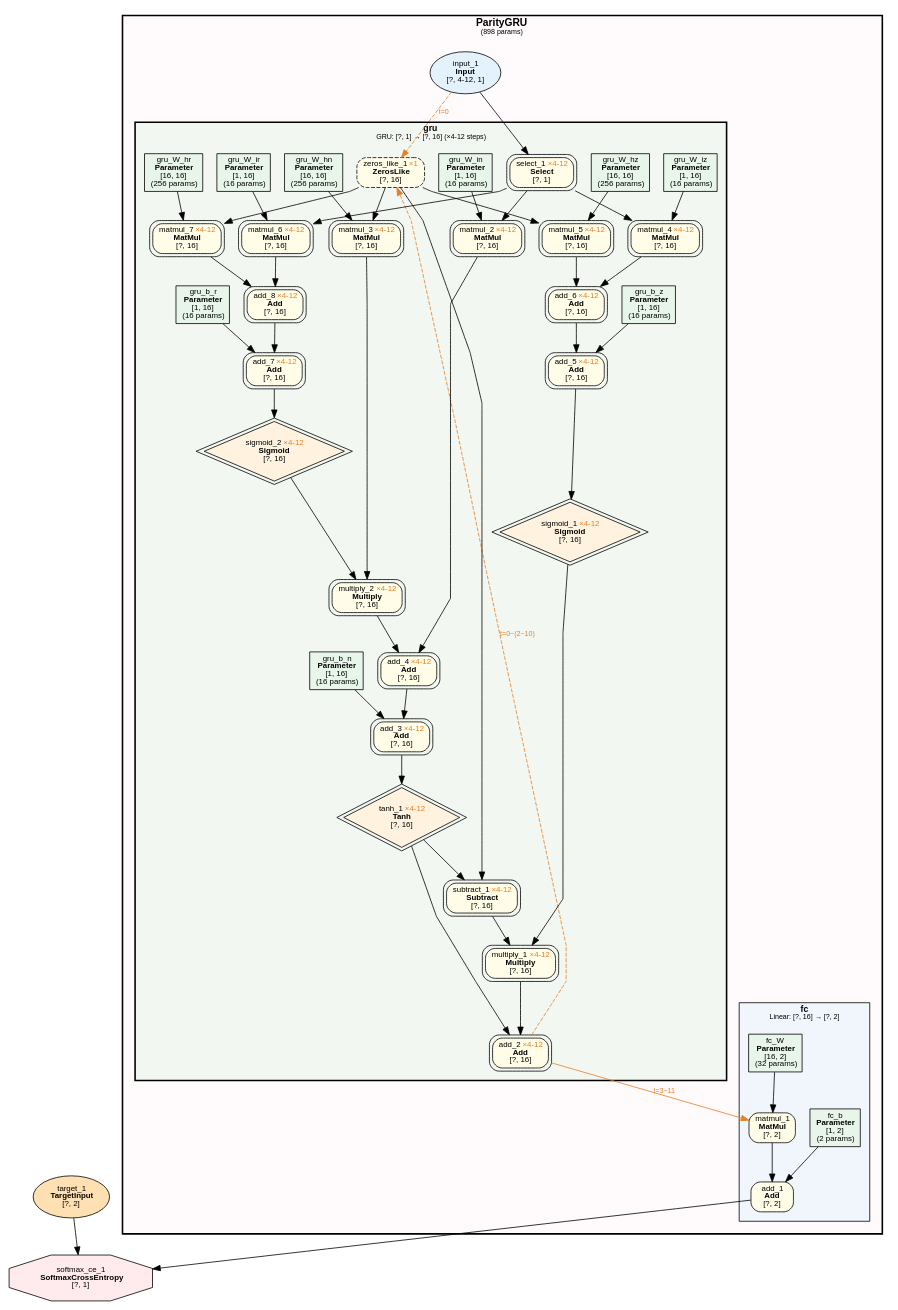
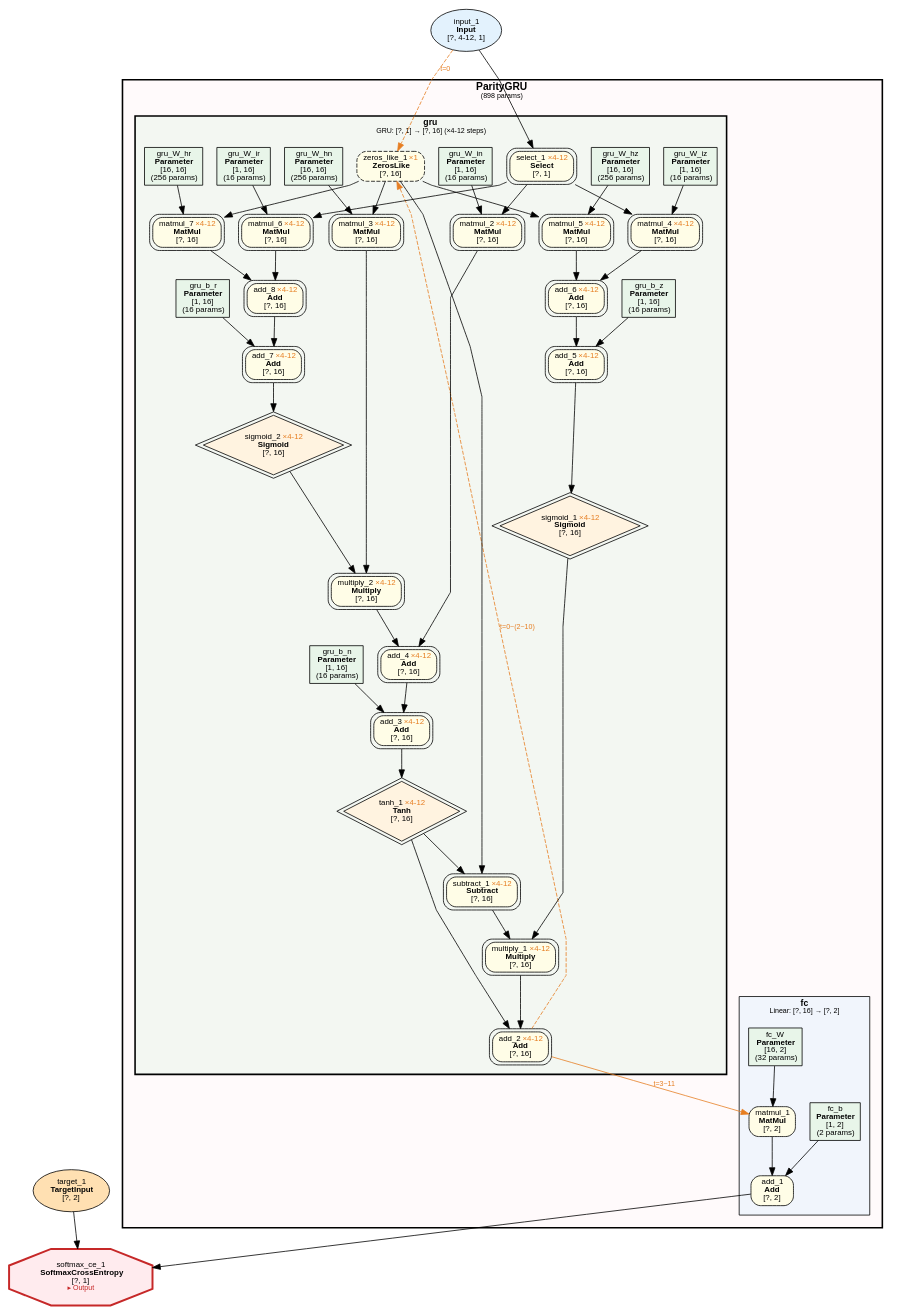
One commit to dbsxdbsx/only_torch changed the diagram in examples/parity_gru_var_len/parity_gru_var_len.dot. Above: the diagram before and after it, drawn with Graphviz. The commit also changed 48 other files, not shown here.

```diff
--- a/examples/parity_gru_var_len/parity_gru_var_len.dot
+++ b/examples/parity_gru_var_len/parity_gru_var_len.dot
@@ -35,49 +35,49 @@
             fontname="Microsoft YaHei,SimHei,Arial";
             fontsize=11;
             margin=12;
-            "7" [label=<gru_b_n<BR/><B>Parameter</B><BR/>[1, 16]<BR/>(16 params)> shape=box style=filled fillcolor="#E8F5E9" fontsize=10];
-            "8" [label=<gru_b_z<BR/><B>Parameter</B><BR/>[1, 16]<BR/>(16 params)> shape=box style=filled fillcolor="#E8F5E9" fontsize=10];
-            "9" [label=<gru_W_in<BR/><B>Parameter</B><BR/>[1, 16]<BR/>(16 params)> shape=box style=filled fillcolor="#E8F5E9" fontsize=10];
-            "11" [label=<gru_W_hn<BR/><B>Parameter</B><BR/>[16, 16]<BR/>(256 params)> shape=box style=filled fillcolor="#E8F5E9" fontsize=10];
-            "12" [label=<gru_W_iz<BR/><B>Parameter</B><BR/>[1, 16]<BR/>(16 params)> shape=box style=filled fillcolor="#E8F5E9" fontsize=10];
-            "13" [label=<gru_W_hz<BR/><B>Parameter</B><BR/>[16, 16]<BR/>(256 params)> shape=box style=filled fillcolor="#E8F5E9" fontsize=10];
-            "14" [label=<gru_b_r<BR/><B>Parameter</B><BR/>[1, 16]<BR/>(16 params)> shape=box style=filled fillcolor="#E8F5E9" fontsize=10];
-            "15" [label=<gru_W_ir<BR/><B>Parameter</B><BR/>[1, 16]<BR/>(16 params)> shape=box style=filled fillcolor="#E8F5E9" fontsize=10];
-            "16" [label=<gru_W_hr<BR/><B>Parameter</B><BR/>[16, 16]<BR/>(256 params)> shape=box style=filled fillcolor="#E8F5E9" fontsize=10];
-            "17" [label=<add_2 <FONT COLOR="#E67E22">×4-12</FONT><BR/><B>Add</B><BR/>[?, 16]> shape=box style="filled,rounded" fillcolor="#FFFDE7" fontsize=10 peripheries=2];
-            "18" [label=<tanh_1 <FONT COLOR="#E67E22">×4-12</FONT><BR/><B>Tanh</B><BR/>[?, 16]> shape=diamond style=filled fillcolor="#FFF3E0" fontsize=10 peripheries=2];
-            "19" [label=<multiply_1 <FONT COLOR="#E67E22">×4-12</FONT><BR/><B>Multiply</B><BR/>[?, 16]> shape=box style="filled,rounded" fillcolor="#FFFDE7" fontsize=10 peripheries=2];
-            "20" [label=<add_3 <FONT COLOR="#E67E22">×4-12</FONT><BR/><B>Add</B><BR/>[?, 16]> shape=box style="filled,rounded" fillcolor="#FFFDE7" fontsize=10 peripheries=2];
-            "21" [label=<sigmoid_1 <FONT COLOR="#E67E22">×4-12</FONT><BR/><B>Sigmoid</B><BR/>[?, 16]> shape=diamond style=filled fillcolor="#FFF3E0" fontsize=10 peripheries=2];
-            "22" [label=<subtract_1 <FONT COLOR="#E67E22">×4-12</FONT><BR/><B>Subtract</B><BR/>[?, 16]> shape=box style="filled,rounded" fillcolor="#FFFDE7" fontsize=10 peripheries=2];
-            "23" [label=<add_4 <FONT COLOR="#E67E22">×4-12</FONT><BR/><B>Add</B><BR/>[?, 16]> shape=box style="filled,rounded" fillcolor="#FFFDE7" fontsize=10 peripheries=2];
-            "24" [label=<add_5 <FONT COLOR="#E67E22">×4-12</FONT><BR/><B>Add</B><BR/>[?, 16]> shape=box style="filled,rounded" fillcolor="#FFFDE7" fontsize=10 peripheries=2];
-            "25" [label=<zeros_like_1 <FONT COLOR="#E67E22">×1</FONT><BR/><B>ZerosLike</B><BR/>[?, 16]> shape=box style="filled,rounded,dashed" fillcolor="#FFFDE7" fontsize=10];
-            "26" [label=<matmul_2 <FONT COLOR="#E67E22">×4-12</FONT><BR/><B>MatMul</B><BR/>[?, 16]> shape=box style="filled,rounded" fillcolor="#FFFDE7" fontsize=10 peripheries=2];
-            "27" [label=<multiply_2 <FONT COLOR="#E67E22">×4-12</FONT><BR/><B>Multiply</B><BR/>[?, 16]> shape=box style="filled,rounded" fillcolor="#FFFDE7" fontsize=10 peripheries=2];
-            "28" [label=<add_6 <FONT COLOR="#E67E22">×4-12</FONT><BR/><B>Add</B><BR/>[?, 16]> shape=box style="filled,rounded" fillcolor="#FFFDE7" fontsize=10 peripheries=2];
-            "29" [label=<select_1 <FONT COLOR="#E67E22">×4-12</FONT><BR/><B>Select</B><BR/>[?, 1]> shape=box style="filled,rounded" fillcolor="#FFFDE7" fontsize=10 peripheries=2];
-            "30" [label=<sigmoid_2 <FONT COLOR="#E67E22">×4-12</FONT><BR/><B>Sigmoid</B><BR/>[?, 16]> shape=diamond style=filled fillcolor="#FFF3E0" fontsize=10 peripheries=2];
-            "31" [label=<matmul_3 <FONT COLOR="#E67E22">×4-12</FONT><BR/><B>MatMul</B><BR/>[?, 16]> shape=box style="filled,rounded" fillcolor="#FFFDE7" fontsize=10 peripheries=2];
-            "32" [label=<matmul_4 <FONT COLOR="#E67E22">×4-12</FONT><BR/><B>MatMul</B><BR/>[?, 16]> shape=box style="filled,rounded" fillcolor="#FFFDE7" fontsize=10 peripheries=2];
-            "33" [label=<matmul_5 <FONT COLOR="#E67E22">×4-12</FONT><BR/><B>MatMul</B><BR/>[?, 16]> shape=box style="filled,rounded" fillcolor="#FFFDE7" fontsize=10 peripheries=2];
-            "34" [label=<add_7 <FONT COLOR="#E67E22">×4-12</FONT><BR/><B>Add</B><BR/>[?, 16]> shape=box style="filled,rounded" fillcolor="#FFFDE7" fontsize=10 peripheries=2];
-            "35" [label=<add_8 <FONT COLOR="#E67E22">×4-12</FONT><BR/><B>Add</B><BR/>[?, 16]> shape=box style="filled,rounded" fillcolor="#FFFDE7" fontsize=10 peripheries=2];
-            "36" [label=<matmul_6 <FONT COLOR="#E67E22">×4-12</FONT><BR/><B>MatMul</B><BR/>[?, 16]> shape=box style="filled,rounded" fillcolor="#FFFDE7" fontsize=10 peripheries=2];
-            "37" [label=<matmul_7 <FONT COLOR="#E67E22">×4-12</FONT><BR/><B>MatMul</B><BR/>[?, 16]> shape=box style="filled,rounded" fillcolor="#FFFDE7" fontsize=10 peripheries=2];
+                "7" [label=<gru_b_n<BR/><B>Parameter</B><BR/>[1, 16]<BR/>(16 params)> shape=box style=filled fillcolor="#E8F5E9" fontsize=10];
+                "8" [label=<gru_b_z<BR/><B>Parameter</B><BR/>[1, 16]<BR/>(16 params)> shape=box style=filled fillcolor="#E8F5E9" fontsize=10];
+                "9" [label=<gru_W_in<BR/><B>Parameter</B><BR/>[1, 16]<BR/>(16 params)> shape=box style=filled fillcolor="#E8F5E9" fontsize=10];
+                "11" [label=<gru_W_hn<BR/><B>Parameter</B><BR/>[16, 16]<BR/>(256 params)> shape=box style=filled fillcolor="#E8F5E9" fontsize=10];
+                "12" [label=<gru_W_iz<BR/><B>Parameter</B><BR/>[1, 16]<BR/>(16 params)> shape=box style=filled fillcolor="#E8F5E9" fontsize=10];
+                "13" [label=<gru_W_hz<BR/><B>Parameter</B><BR/>[16, 16]<BR/>(256 params)> shape=box style=filled fillcolor="#E8F5E9" fontsize=10];
+                "14" [label=<gru_b_r<BR/><B>Parameter</B><BR/>[1, 16]<BR/>(16 params)> shape=box style=filled fillcolor="#E8F5E9" fontsize=10];
+                "15" [label=<gru_W_ir<BR/><B>Parameter</B><BR/>[1, 16]<BR/>(16 params)> shape=box style=filled fillcolor="#E8F5E9" fontsize=10];
+                "16" [label=<gru_W_hr<BR/><B>Parameter</B><BR/>[16, 16]<BR/>(256 params)> shape=box style=filled fillcolor="#E8F5E9" fontsize=10];
+                "17" [label=<add_2 <FONT COLOR="#E67E22">×4-12</FONT><BR/><B>Add</B><BR/>[?, 16]> shape=box style="filled,rounded" fillcolor="#FFFDE7" fontsize=10 peripheries=2];
+                "18" [label=<tanh_1 <FONT COLOR="#E67E22">×4-12</FONT><BR/><B>Tanh</B><BR/>[?, 16]> shape=diamond style=filled fillcolor="#FFF3E0" fontsize=10 peripheries=2];
+                "19" [label=<multiply_1 <FONT COLOR="#E67E22">×4-12</FONT><BR/><B>Multiply</B><BR/>[?, 16]> shape=box style="filled,rounded" fillcolor="#FFFDE7" fontsize=10 peripheries=2];
+                "20" [label=<add_3 <FONT COLOR="#E67E22">×4-12</FONT><BR/><B>Add</B><BR/>[?, 16]> shape=box style="filled,rounded" fillcolor="#FFFDE7" fontsize=10 peripheries=2];
+                "21" [label=<sigmoid_1 <FONT COLOR="#E67E22">×4-12</FONT><BR/><B>Sigmoid</B><BR/>[?, 16]> shape=diamond style=filled fillcolor="#FFF3E0" fontsize=10 peripheries=2];
+                "22" [label=<subtract_1 <FONT COLOR="#E67E22">×4-12</FONT><BR/><B>Subtract</B><BR/>[?, 16]> shape=box style="filled,rounded" fillcolor="#FFFDE7" fontsize=10 peripheries=2];
+                "23" [label=<add_4 <FONT COLOR="#E67E22">×4-12</FONT><BR/><B>Add</B><BR/>[?, 16]> shape=box style="filled,rounded" fillcolor="#FFFDE7" fontsize=10 peripheries=2];
+                "24" [label=<add_5 <FONT COLOR="#E67E22">×4-12</FONT><BR/><B>Add</B><BR/>[?, 16]> shape=box style="filled,rounded" fillcolor="#FFFDE7" fontsize=10 peripheries=2];
+                "25" [label=<zeros_like_1 <FONT COLOR="#E67E22">×1</FONT><BR/><B>ZerosLike</B><BR/>[?, 16]> shape=box style="filled,rounded,dashed" fillcolor="#FFFDE7" fontsize=10];
+                "26" [label=<matmul_2 <FONT COLOR="#E67E22">×4-12</FONT><BR/><B>MatMul</B><BR/>[?, 16]> shape=box style="filled,rounded" fillcolor="#FFFDE7" fontsize=10 peripheries=2];
+                "27" [label=<multiply_2 <FONT COLOR="#E67E22">×4-12</FONT><BR/><B>Multiply</B><BR/>[?, 16]> shape=box style="filled,rounded" fillcolor="#FFFDE7" fontsize=10 peripheries=2];
+                "28" [label=<add_6 <FONT COLOR="#E67E22">×4-12</FONT><BR/><B>Add</B><BR/>[?, 16]> shape=box style="filled,rounded" fillcolor="#FFFDE7" fontsize=10 peripheries=2];
+                "29" [label=<select_1 <FONT COLOR="#E67E22">×4-12</FONT><BR/><B>Select</B><BR/>[?, 1]> shape=box style="filled,rounded" fillcolor="#FFFDE7" fontsize=10 peripheries=2];
+                "30" [label=<sigmoid_2 <FONT COLOR="#E67E22">×4-12</FONT><BR/><B>Sigmoid</B><BR/>[?, 16]> shape=diamond style=filled fillcolor="#FFF3E0" fontsize=10 peripheries=2];
+                "31" [label=<matmul_3 <FONT COLOR="#E67E22">×4-12</FONT><BR/><B>MatMul</B><BR/>[?, 16]> shape=box style="filled,rounded" fillcolor="#FFFDE7" fontsize=10 peripheries=2];
+                "32" [label=<matmul_4 <FONT COLOR="#E67E22">×4-12</FONT><BR/><B>MatMul</B><BR/>[?, 16]> shape=box style="filled,rounded" fillcolor="#FFFDE7" fontsize=10 peripheries=2];
+                "33" [label=<matmul_5 <FONT COLOR="#E67E22">×4-12</FONT><BR/><B>MatMul</B><BR/>[?, 16]> shape=box style="filled,rounded" fillcolor="#FFFDE7" fontsize=10 peripheries=2];
+                "34" [label=<add_7 <FONT COLOR="#E67E22">×4-12</FONT><BR/><B>Add</B><BR/>[?, 16]> shape=box style="filled,rounded" fillcolor="#FFFDE7" fontsize=10 peripheries=2];
+                "35" [label=<add_8 <FONT COLOR="#E67E22">×4-12</FONT><BR/><B>Add</B><BR/>[?, 16]> shape=box style="filled,rounded" fillcolor="#FFFDE7" fontsize=10 peripheries=2];
+                "36" [label=<matmul_6 <FONT COLOR="#E67E22">×4-12</FONT><BR/><B>MatMul</B><BR/>[?, 16]> shape=box style="filled,rounded" fillcolor="#FFFDE7" fontsize=10 peripheries=2];
+                "37" [label=<matmul_7 <FONT COLOR="#E67E22">×4-12</FONT><BR/><B>MatMul</B><BR/>[?, 16]> shape=box style="filled,rounded" fillcolor="#FFFDE7" fontsize=10 peripheries=2];
         }
 
-        "10" [label=<input_1<BR/><B>Input</B><BR/>[?, 4-12, 1]> shape=ellipse style=filled fillcolor="#E3F2FD" fontsize=10];
     }
 
-    "1" [label=<softmax_ce_1<BR/><B>SoftmaxCrossEntropy</B><BR/>[?, 1]> shape=octagon style=filled fillcolor="#FFEBEE" fontsize=10];
+    "1" [label=<softmax_ce_1<BR/><B>SoftmaxCrossEntropy</B><BR/>[?, 1]<BR/><FONT COLOR="#C62828" POINT-SIZE="9">▸ Output</FONT>> shape=octagon style=filled fillcolor="#FFEBEE" fontsize=10 penwidth=2.5 color="#C62828"];
     "3" [label=<target_1<BR/><B>TargetInput</B><BR/>[?, 2]> shape=ellipse style=filled fillcolor="#FFE0B2" fontsize=10];
+    "10" [label=<input_1<BR/><B>Input</B><BR/>[?, 4-12, 1]> shape=ellipse style=filled fillcolor="#E3F2FD" fontsize=10];
 
     "2" -> "1";
     "3" -> "1";
     "4" -> "2";
     "5" -> "2";
-    "17" -> "4" [color="#E67E22" label=<t=3~11> fontcolor="#E67E22" fontsize=9];
+    "17" -> "4" [ color="#E67E22" label=<t=3~11> fontcolor="#E67E22" fontsize=9];
     "6" -> "4";
     "18" -> "17";
     "19" -> "17";
@@ -93,7 +93,7 @@
     "27" -> "23";
     "28" -> "24";
     "8" -> "24";
-    "10" -> "25" [style=dashed color="#E67E22" label=<t=0> fontcolor="#E67E22" fontsize=9];
+    "10" -> "25" [ style=dashed color="#E67E22" label=<t=0> fontcolor="#E67E22" fontsize=9];
     "29" -> "26";
     "9" -> "26";
     "30" -> "27";
```
